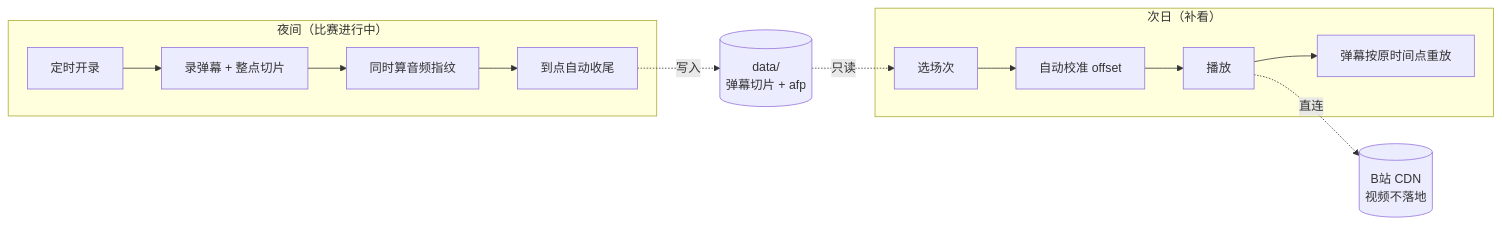
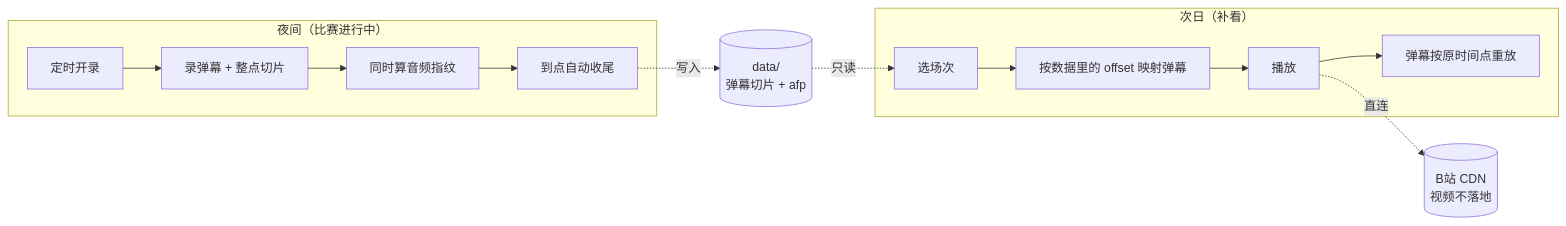
One commit to root9701/danmaku-timewarp changed the first of 2 diagrams in README.md. Above: the diagram before and after it, drawn with Mermaid. The commit also changed other lines of this file and 16 other files, not shown here.

````diff
--- a/README.md
+++ b/README.md
@@ -63,16 +63,16 @@
 ```mermaid
 flowchart LR
     subgraph 夜间["夜间（比赛进行中）"]
         C1["定时开录"] --> C2["录弹幕 + 整点切片"]
         C2 --> C3["同时算音频指纹"]
         C3 --> C4["到点自动收尾"]
     end
     subgraph 次日["次日（补看）"]
-        S1["选场次"] --> S2["自动校准 offset"]
+        S1["选场次"] --> S2["按数据里的 offset 映射弹幕"]
         S2 --> S3["播放"]
         S3 --> S4["弹幕按原时间点重放"]
     end
     C4 -.写入.-> D[(data/<br/>弹幕切片 + afp)]
     D -.只读.-> S1
     S3 -.直连.-> B[("B站 CDN<br/>视频不落地")]
 ```
````
